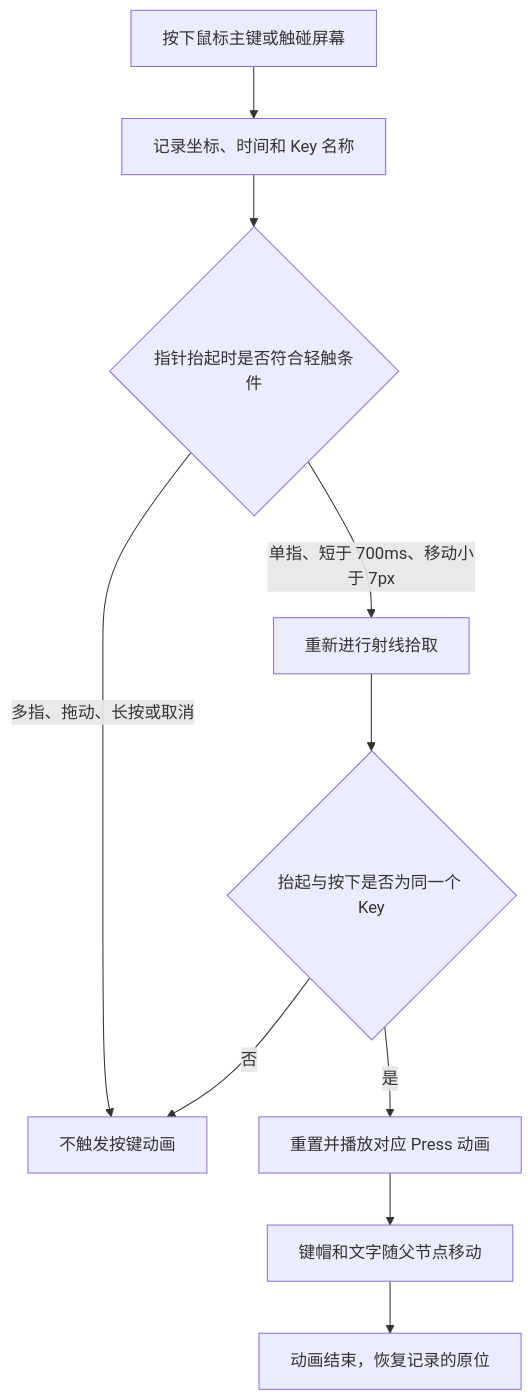
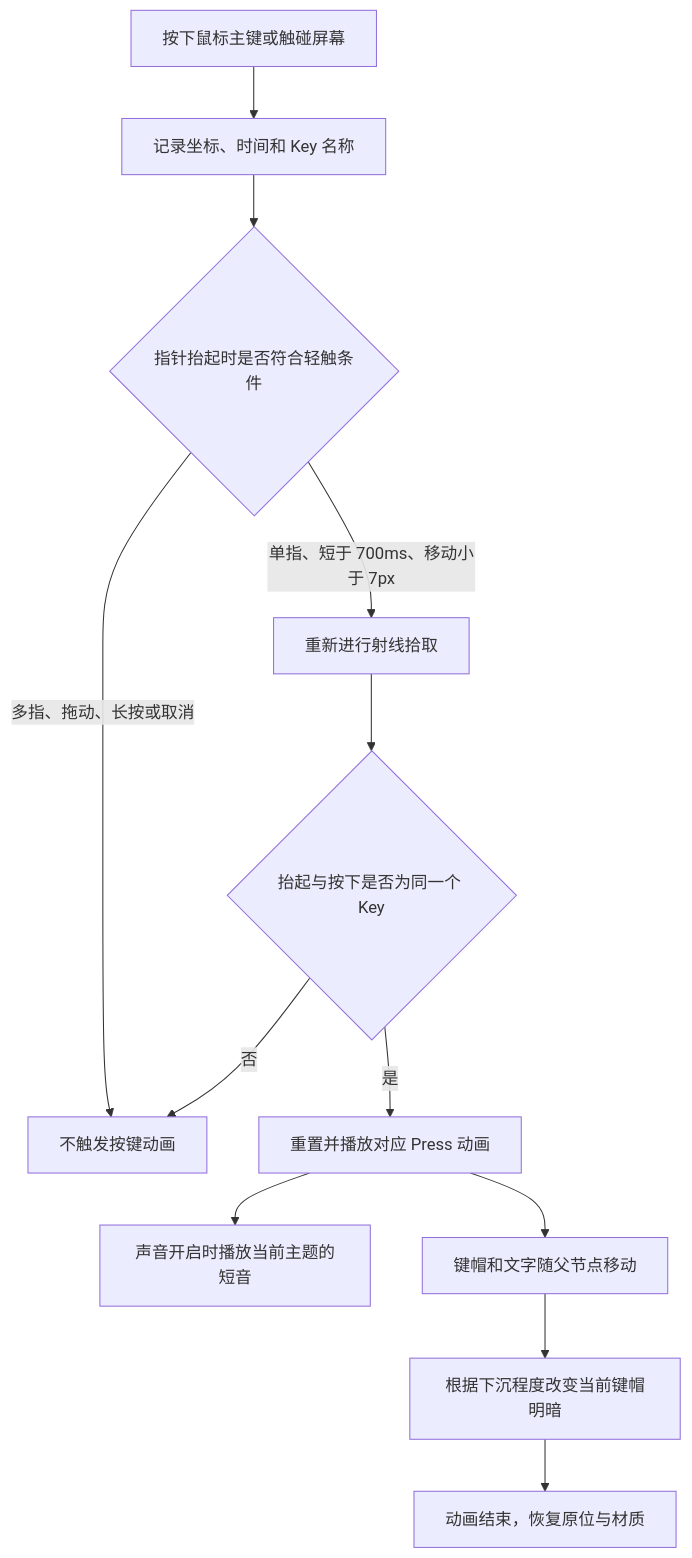
The third of 5 diagrams in README.md (xiaogoulingdi/Nokia3310), drawn with Mermaid before and after one commit. The commit also changed other lines of this file and 34 other files, not shown here.

````diff
--- a/README.md
+++ b/README.md
@@ -258,12 +276,14 @@
 ```mermaid
 flowchart TD
     A[按下鼠标主键或触碰屏幕] --> B[记录坐标、时间和 Key 名称]
     B --> C{指针抬起时是否符合轻触条件}
     C -->|多指、拖动、长按或取消| X[不触发按键动画]
     C -->|单指、短于 700ms、移动小于 7px| D[重新进行射线拾取]
     D --> E{抬起与按下是否为同一个 Key}
     E -->|否| X
     E -->|是| F[重置并播放对应 Press 动画]
+    F --> S[声音开启时播放当前主题的短音]
     F --> G[键帽和文字随父节点移动]
-    G --> H[动画结束，恢复记录的原位]
+    G --> L[根据下沉程度改变当前键帽明暗]
+    L --> H[动画结束，恢复原位与材质]
 ```
````
